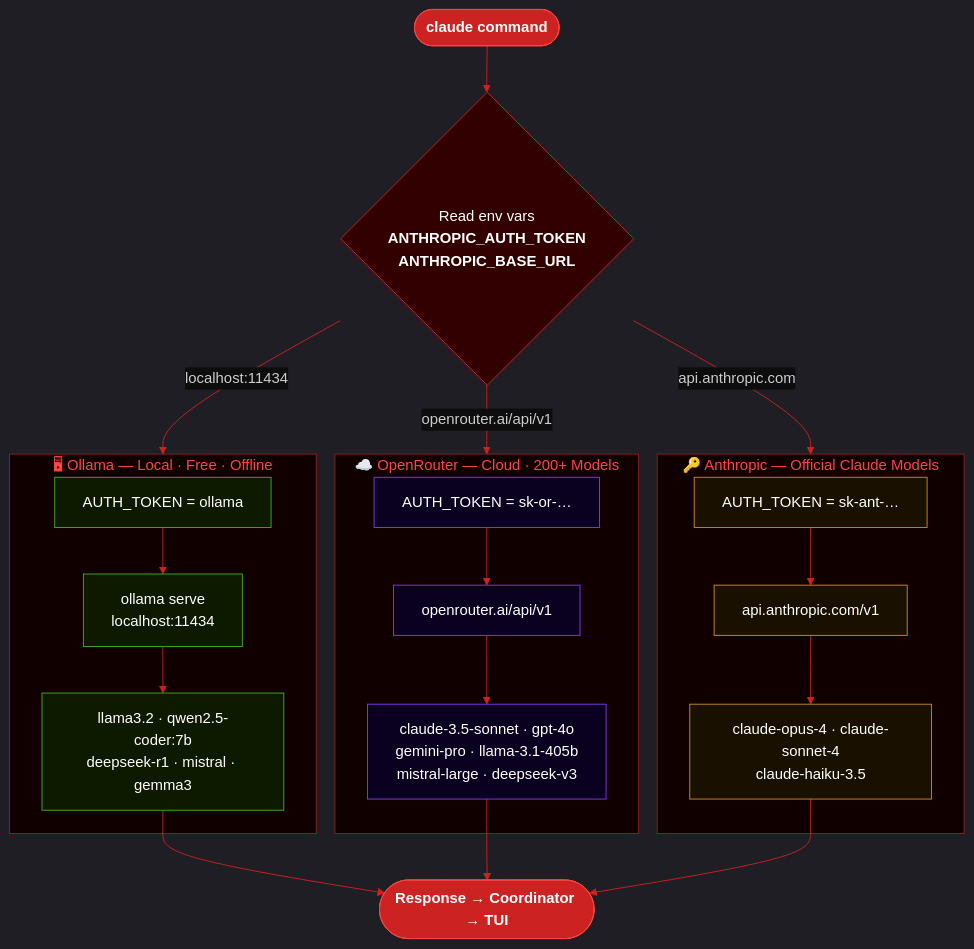
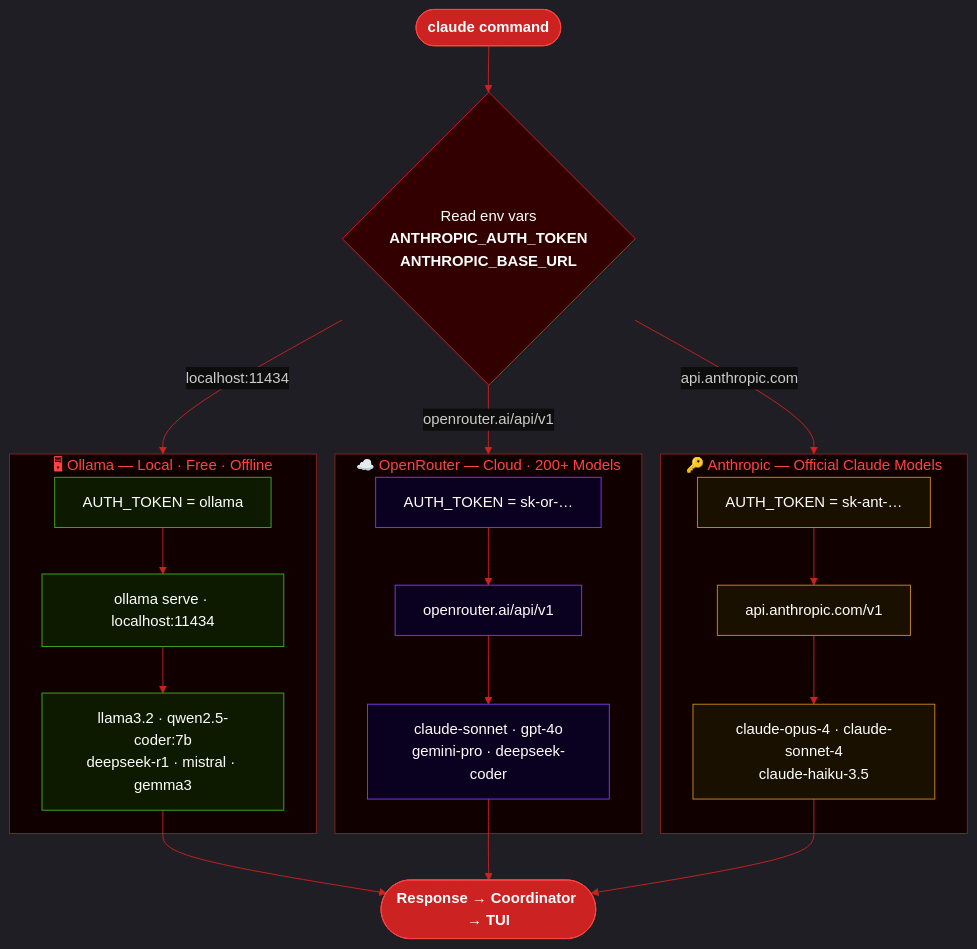
The fourth of 5 diagrams in README.md (lily0ng/claude-code), drawn with Mermaid before and after one commit. The commit also changed other lines of this file, not shown here.

````diff
--- a/README.md
+++ b/README.md
@@ -277,57 +489,56 @@
 ```mermaid
 %%{init: {
   'theme': 'dark',
   'themeVariables': {
     'primaryColor': '#1a0000',
     'primaryTextColor': '#ffffff',
     'primaryBorderColor': '#cc2222',
     'lineColor': '#cc2222',
     'clusterBkg': '#110000',
     'clusterBorder': '#882222',
     'titleColor': '#ff4444',
     'nodeTextColor': '#ffffff',
     'edgeLabelBackground': '#0d0d0d'
   }
 }}%%
 flowchart TD
     START(["`**claude** command`"]):::entry
-
     ENV{"`Read env vars
     **ANTHROPIC_AUTH_TOKEN**
     **ANTHROPIC_BASE_URL**`"}:::decision
 
     START --> ENV
 
     ENV -->|"localhost:11434"| OLLAMA
     ENV -->|"openrouter.ai/api/v1"| OPENROUTER
     ENV -->|"api.anthropic.com"| ANTHROPIC
 
     subgraph OLLAMA["🖥  Ollama — Local · Free · Offline"]
         OA["AUTH_TOKEN = ollama"]:::localnode
-        OS["ollama serve\nlocalhost:11434"]:::localnode
+        OS["ollama serve · localhost:11434"]:::localnode
         OM["llama3.2 · qwen2.5-coder:7b\ndeepseek-r1 · mistral · gemma3"]:::localnode
         OA --> OS --> OM
     end
 
     subgraph OPENROUTER["☁️  OpenRouter — Cloud · 200+ Models"]
         RA["AUTH_TOKEN = sk-or-…"]:::cloudnode
         RP["openrouter.ai/api/v1"]:::cloudnode
-        RM["claude-3.5-sonnet · gpt-4o\ngemini-pro · llama-3.1-405b\nmistral-large · deepseek-v3"]:::cloudnode
+        RM["claude-sonnet · gpt-4o\ngemini-pro · deepseek-coder"]:::cloudnode
         RA --> RP --> RM
     end
 
     subgraph ANTHROPIC["🔑  Anthropic — Official Claude Models"]
         AA["AUTH_TOKEN = sk-ant-…"]:::anthropicnode
         AP["api.anthropic.com/v1"]:::anthropicnode
         AM["claude-opus-4 · claude-sonnet-4\nclaude-haiku-3.5"]:::anthropicnode
         AA --> AP --> AM
     end
 
     OM & RM & AM --> RESP(["Response → Coordinator → TUI"]):::entry
 
     classDef entry fill:#cc2222,stroke:#ff4444,color:#fff,font-weight:bold
     classDef decision fill:#330000,stroke:#cc2222,color:#fff
     classDef localnode fill:#0d1a00,stroke:#44aa22,color:#ffffff
     classDef cloudnode fill:#0a0020,stroke:#7c3aed,color:#ffffff
     classDef anthropicnode fill:#1a1000,stroke:#cc8822,color:#ffffff
 ```
````
